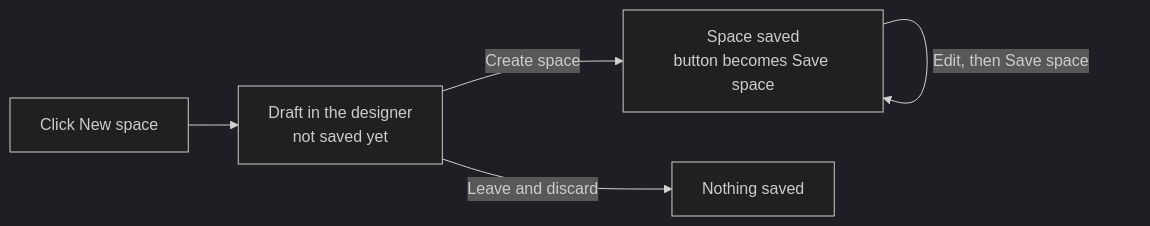
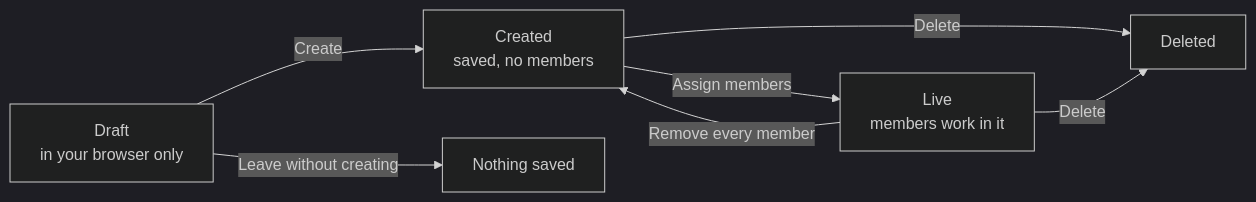
One commit to quixio/quix-docs changed the diagram in docs/quix-cloud/spaces/create-space.md. Above: the diagram before and after it, drawn with Mermaid (dark theme). The commit also changed other lines of this file and 8 other files, not shown here.

````diff
--- a/docs/quix-cloud/spaces/create-space.md
+++ b/docs/quix-cloud/spaces/create-space.md
@@ -37,7 +22,9 @@
 ```mermaid
 flowchart LR
-    A["Click New space"] --> B["Draft in the designer<br/>not saved yet"]
-    B -->|"Create space"| C["Space saved<br/>button becomes Save space"]
-    C -->|"Edit, then Save space"| C
-    B -->|"Leave and discard"| D["Nothing saved"]
+    A["Draft<br/>in your browser only"] -->|"Create"| B["Created<br/>saved, no members"]
+    A -->|"Leave without creating"| X["Nothing saved"]
+    B -->|"Assign members"| C["Live<br/>members work in it"]
+    C -->|"Remove every member"| B
+    B -->|"Delete"| D["Deleted"]
+    C -->|"Delete"| D
 ```
````
